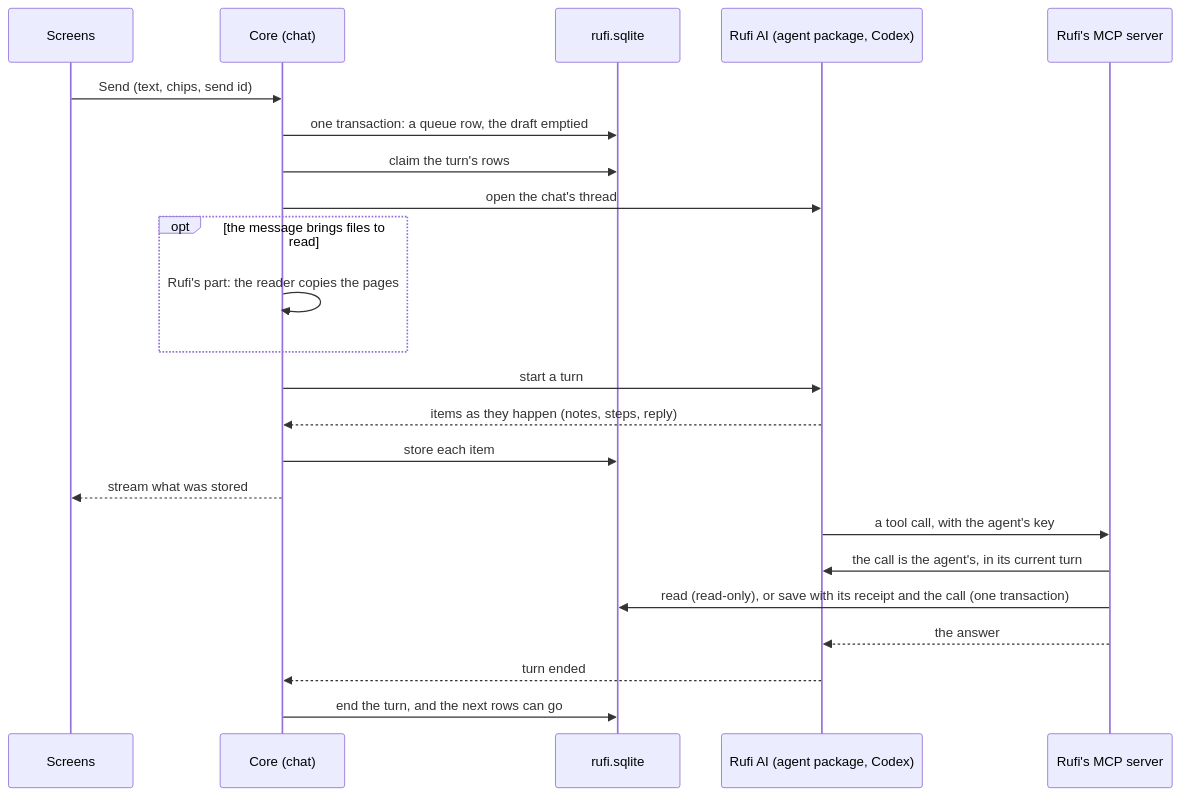
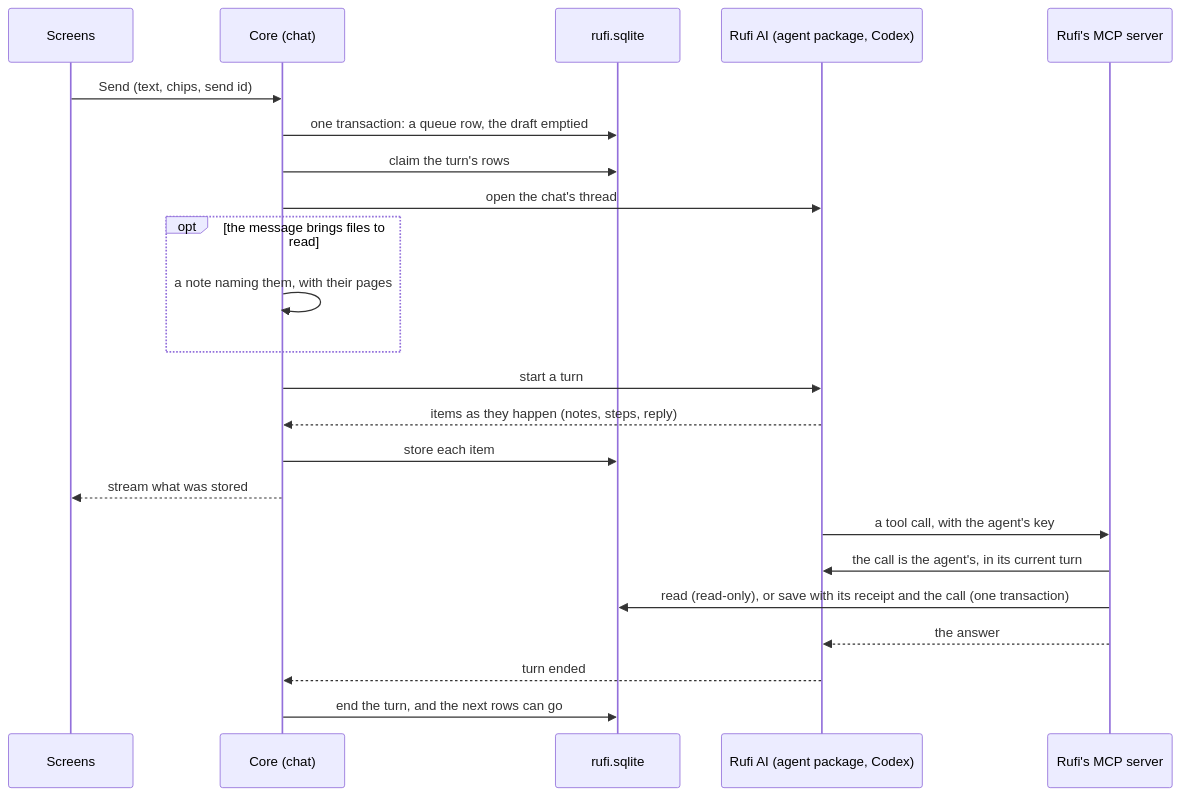
Before and after one commit to mahesh0431/rufi: the second of 2 diagrams in docs/how-rufi-works.md, drawn with Mermaid. The commit also changed other lines of this file and 60 other files, not shown here.

````diff
--- a/docs/how-rufi-works.md
+++ b/docs/how-rufi-works.md
@@ -104,26 +98,26 @@
 ```mermaid
 sequenceDiagram
   participant S as Screens
   participant C as Core (chat)
   participant DB as rufi.sqlite
   participant X as Rufi AI (agent package, Codex)
   participant M as Rufi's MCP server
 
   S->>C: Send (text, chips, send id)
   C->>DB: one transaction: a queue row, the draft emptied
   C->>DB: claim the turn's rows
   C->>X: open the chat's thread
   opt the message brings files to read
-    C->>C: Rufi's part: the reader copies the pages
+    C->>C: a note naming them, with their pages
   end
   C->>X: start a turn
   X-->>C: items as they happen (notes, steps, reply)
   C->>DB: store each item
   C-->>S: stream what was stored
   X->>M: a tool call, with the agent's key
   M->>X: the call is the agent's, in its current turn
   M->>DB: read (read-only), or save with its receipt and the call (one transaction)
   M-->>X: the answer
   X-->>C: turn ended
   C->>DB: end the turn, and the next rows can go
 ```
````
